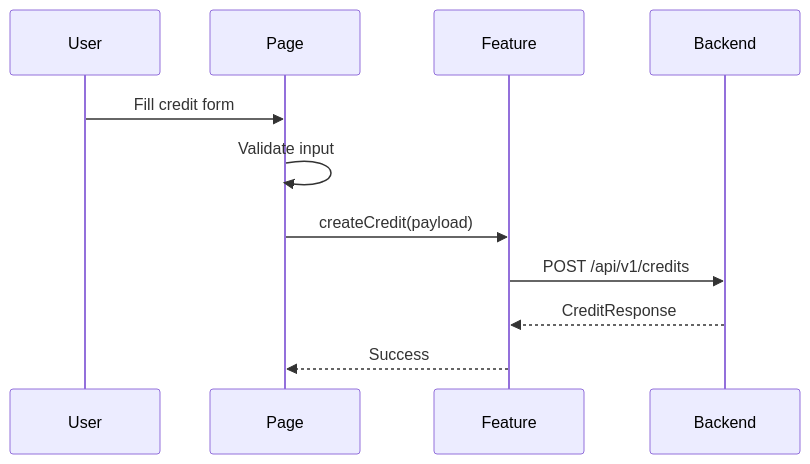
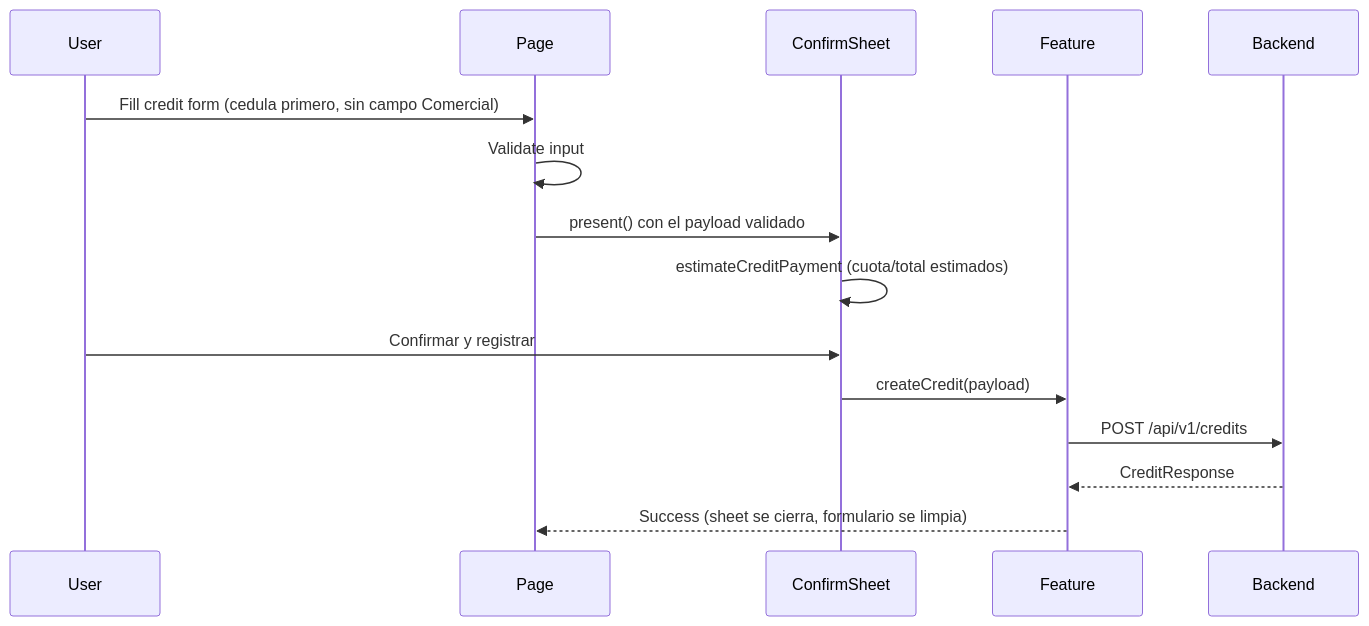
Before and after one commit to CarlosPolo019/credit-mobile: the diagram in knowledge/credits/current-credit-registration-flow.md, drawn with Mermaid. The commit also changed other lines of this file and 5 other files, not shown here.

First line of the commit message:
feat(credits): confirmation sheet with estimated payment

````diff
--- a/knowledge/credits/current-credit-registration-flow.md
+++ b/knowledge/credits/current-credit-registration-flow.md
@@ -16,13 +19,17 @@
 ```mermaid
 sequenceDiagram
   participant User
   participant Page
+  participant ConfirmSheet
   participant Feature
   participant Backend
-  User->>Page: Fill credit form
+  User->>Page: Fill credit form (cedula primero, sin campo Comercial)
   Page->>Page: Validate input
-  Page->>Feature: createCredit(payload)
+  Page->>ConfirmSheet: present() con el payload validado
+  ConfirmSheet->>ConfirmSheet: estimateCreditPayment (cuota/total estimados)
+  User->>ConfirmSheet: Confirmar y registrar
+  ConfirmSheet->>Feature: createCredit(payload)
   Feature->>Backend: POST /api/v1/credits
   Backend-->>Feature: CreditResponse
-  Feature-->>Page: Success
+  Feature-->>Page: Success (sheet se cierra, formulario se limpia)
 ```
````
